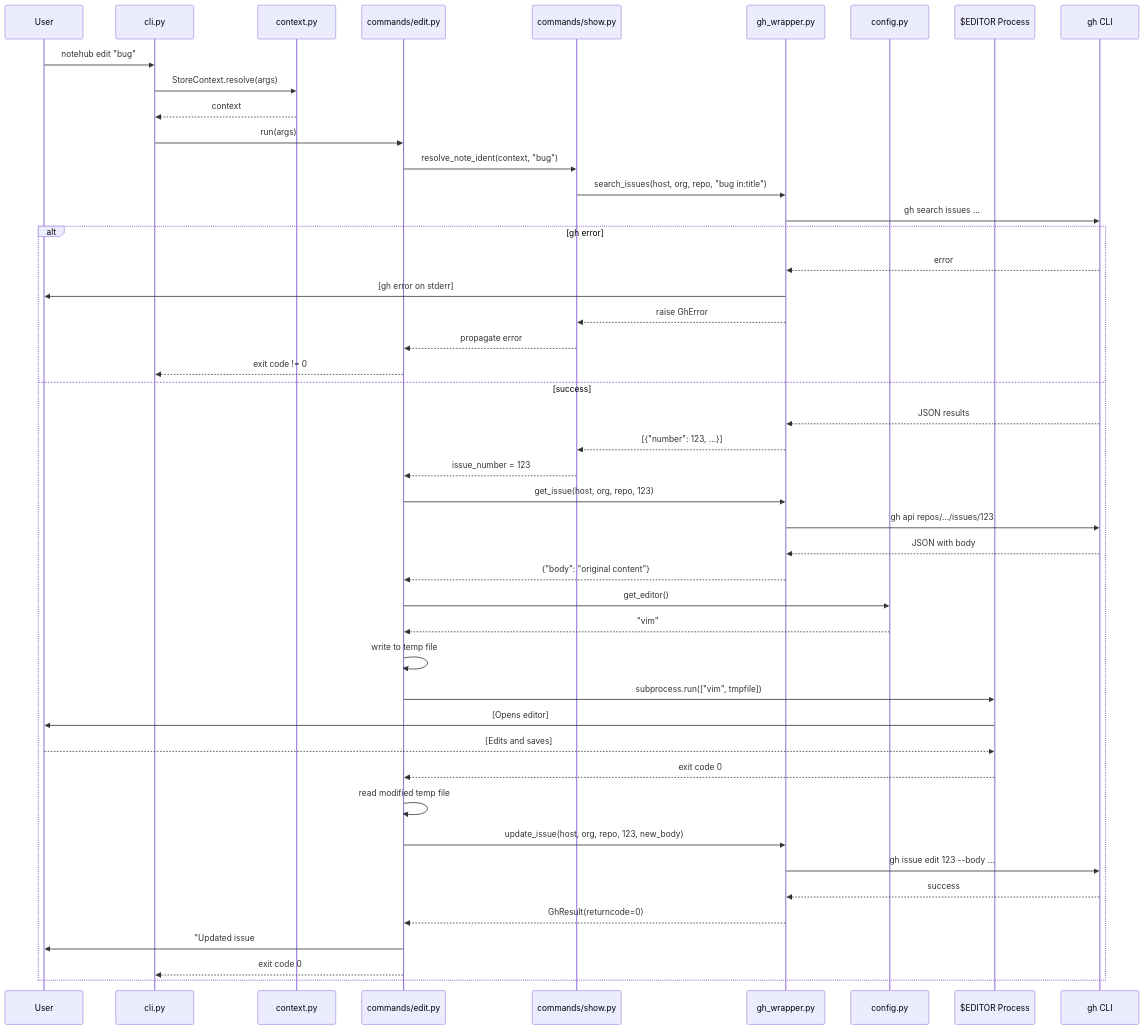
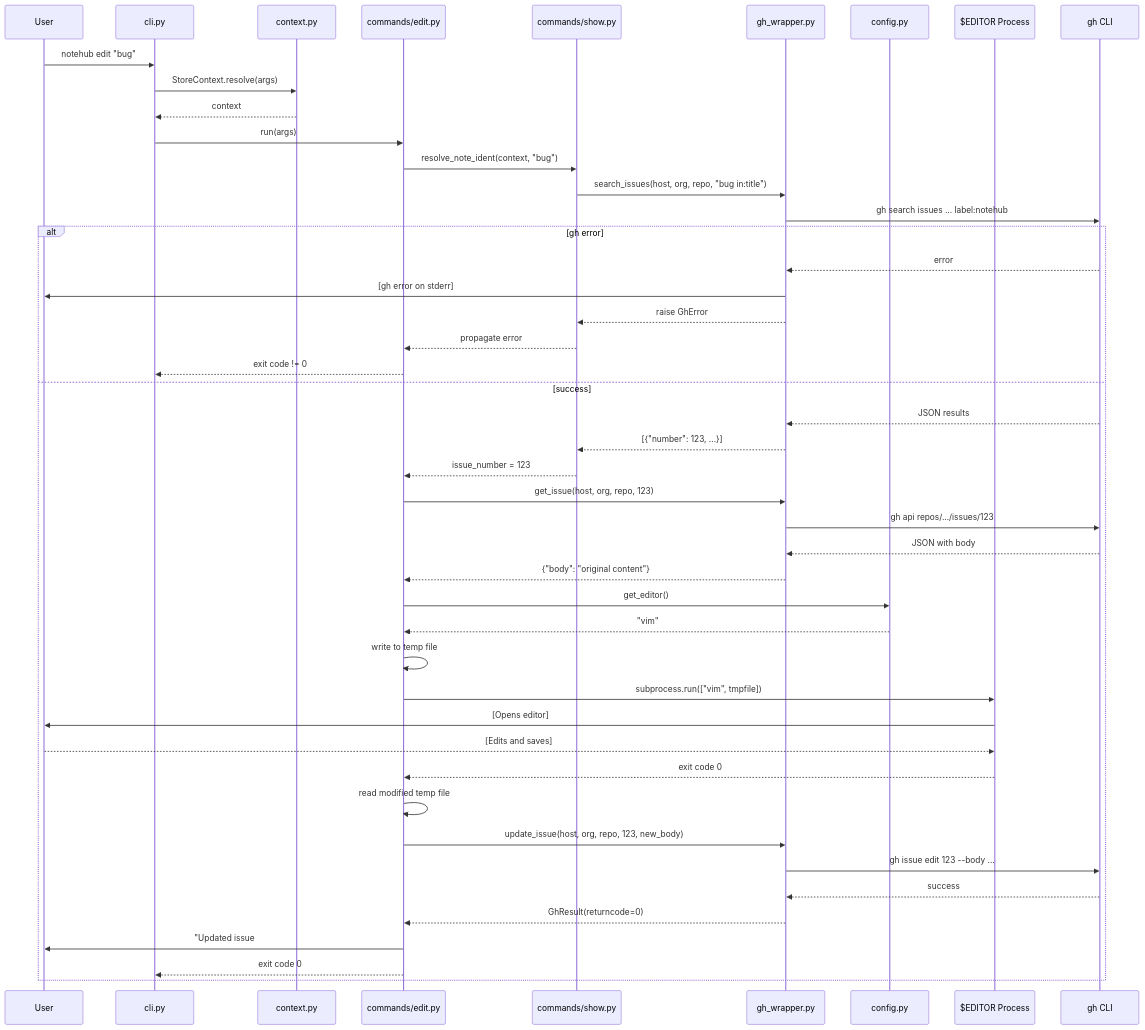
Before and after one commit to Stabledog/notehub: the fourth of 5 diagrams in spec/design.md, drawn with Mermaid. The commit also changed other lines of this file and 2 other files, not shown here.

Commit message:
Add spec about using notehub label on issues

````diff
--- a/spec/design.md
+++ b/spec/design.md
@@ -329,50 +334,50 @@
 ```mermaid
 sequenceDiagram
     participant User
     participant CLI as cli.py
     participant Ctx as context.py
     participant Edit as commands/edit.py
     participant Show as commands/show.py
     participant GH as gh_wrapper.py
     participant Cfg as config.py
     participant Editor as $EDITOR Process
     participant GH_CLI as gh CLI
     
     User->>CLI: notehub edit "bug"
     CLI->>Ctx: StoreContext.resolve(args)
     Ctx-->>CLI: context
     CLI->>Edit: run(args)
     Edit->>Show: resolve_note_ident(context, "bug")
     Show->>GH: search_issues(host, org, repo, "bug in:title")
-    GH->>GH_CLI: gh search issues ...
+    GH->>GH_CLI: gh search issues ... label:notehub
     
     alt gh error
         GH_CLI-->>GH: error
         GH->>User: [gh error on stderr]
         GH-->>Show: raise GhError
         Show-->>Edit: propagate error
         Edit-->>CLI: exit code != 0
     else success
         GH_CLI-->>GH: JSON results
         GH-->>Show: [{"number": 123, ...}]
         Show-->>Edit: issue_number = 123
         Edit->>GH: get_issue(host, org, repo, 123)
         GH->>GH_CLI: gh api repos/.../issues/123
         GH_CLI-->>GH: JSON with body
         GH-->>Edit: {"body": "original content"}
         Edit->>Cfg: get_editor()
         Cfg-->>Edit: "vim"
         Edit->>Edit: write to temp file
         Edit->>Editor: subprocess.run(["vim", tmpfile])
         Editor->>User: [Opens editor]
         User-->>Editor: [Edits and saves]
         Editor-->>Edit: exit code 0
         Edit->>Edit: read modified temp file
         Edit->>GH: update_issue(host, org, repo, 123, new_body)
         GH->>GH_CLI: gh issue edit 123 --body ...
         GH_CLI-->>GH: success
         GH-->>Edit: GhResult(returncode=0)
         Edit->>User: "Updated issue #123"
         Edit-->>CLI: exit code 0
     end
 ```
````
